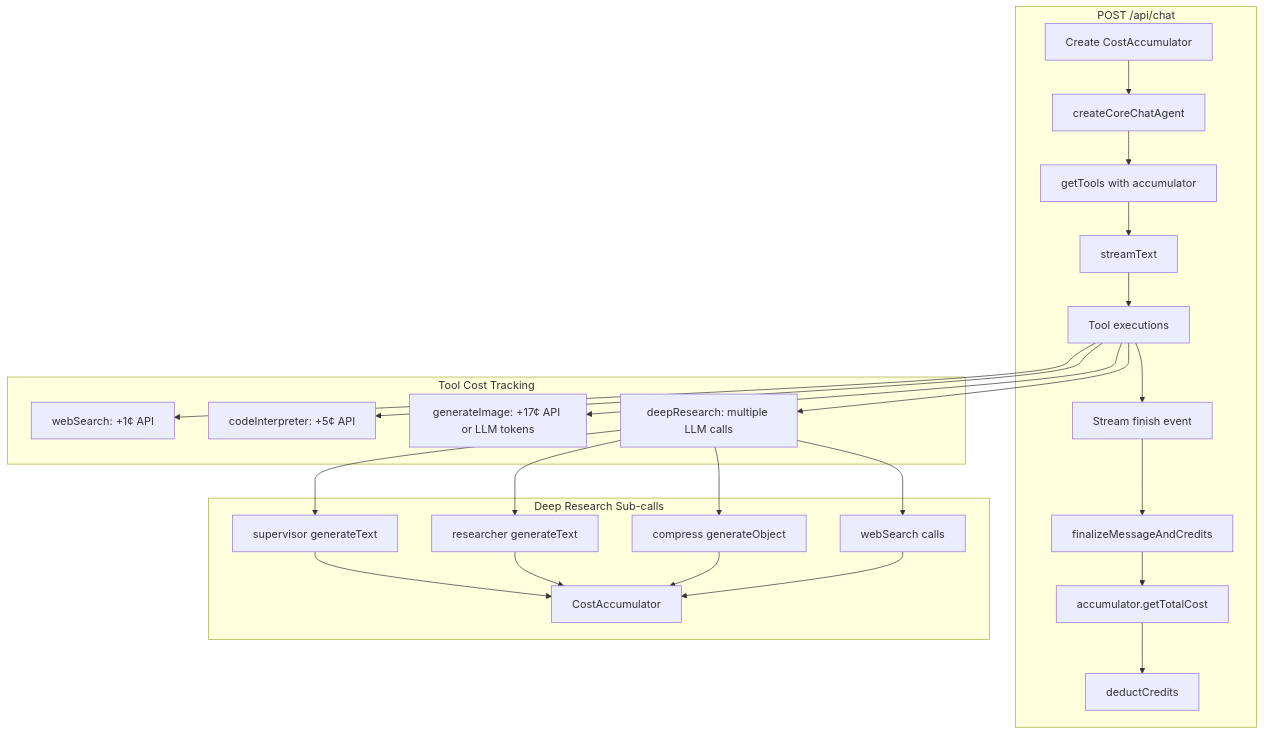
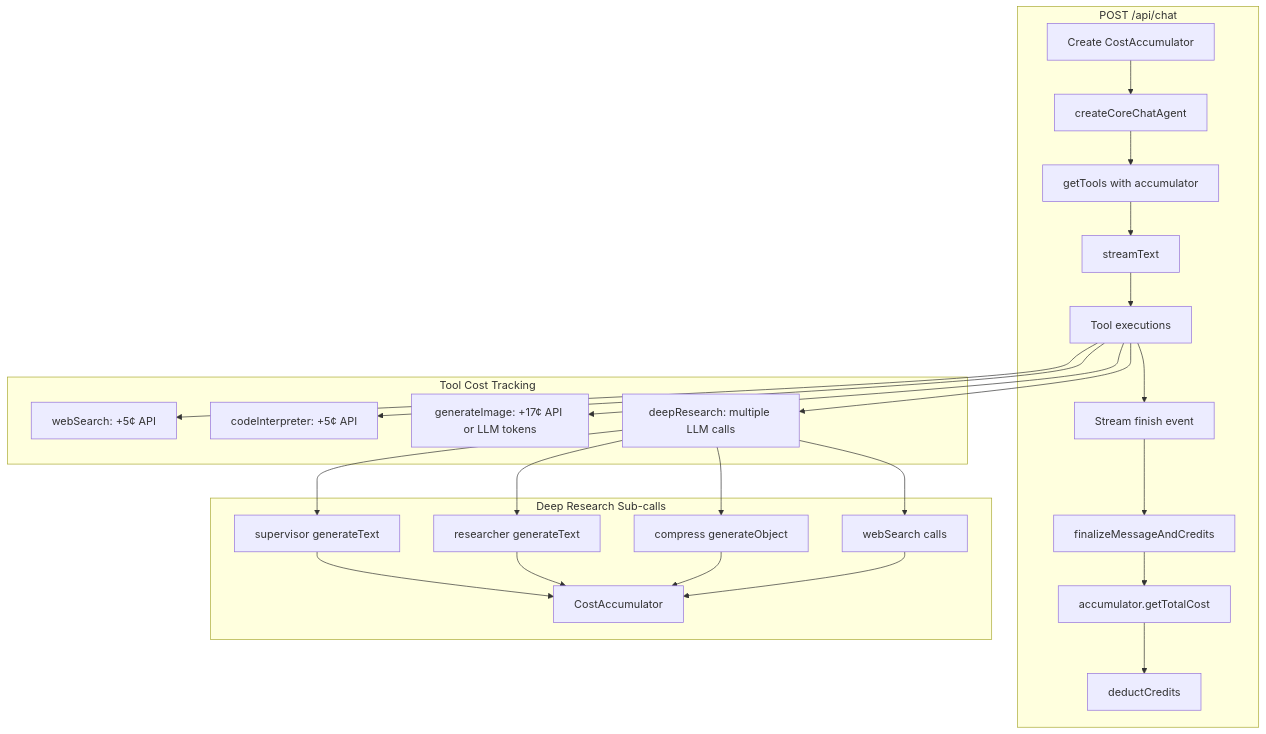
One commit to masonjames/sparka changed the first of 2 diagrams in docs/CREDIT_TRACKING.md. Above: the diagram before and after it, drawn with Mermaid. The commit also changed other lines of this file and 4 other files, not shown here.

````diff
--- a/docs/CREDIT_TRACKING.md
+++ b/docs/CREDIT_TRACKING.md
@@ -14,31 +14,31 @@
 ```mermaid
 flowchart TD
     subgraph Request["POST /api/chat"]
         A[Create CostAccumulator] --> B[createCoreChatAgent]
         B --> C[getTools with accumulator]
         C --> D[streamText]
         D --> E[Tool executions]
         E --> F[Stream finish event]
         F --> G[finalizeMessageAndCredits]
         G --> H[accumulator.getTotalCost]
         H --> I[deductCredits]
     end
 
     subgraph Tools["Tool Cost Tracking"]
-        E --> T1[webSearch: +1¢ API]
+        E --> T1[webSearch: +5¢ API]
         E --> T2[codeInterpreter: +5¢ API]
         E --> T3[generateImage: +17¢ API or LLM tokens]
         E --> T4[deepResearch: multiple LLM calls]
     end
 
     subgraph DeepResearch["Deep Research Sub-calls"]
         T4 --> DR1[supervisor generateText]
         T4 --> DR2[researcher generateText]
         T4 --> DR3[compress generateObject]
         T4 --> DR4[webSearch calls]
         DR1 --> ACC[CostAccumulator]
         DR2 --> ACC
         DR3 --> ACC
         DR4 --> ACC
     end
 ```
````
